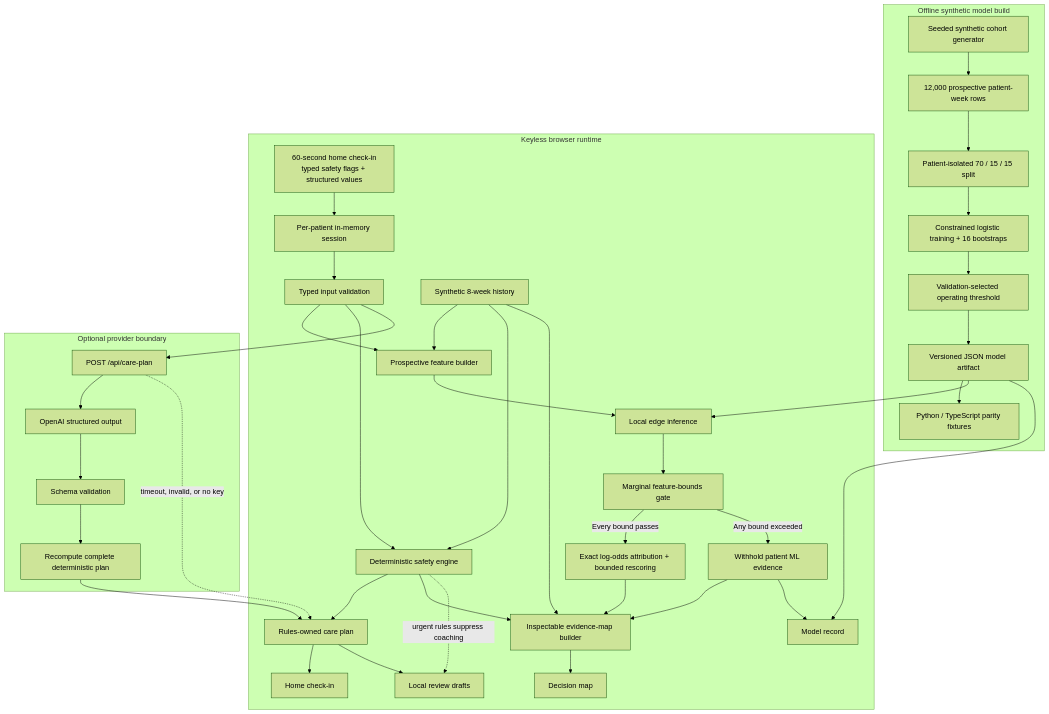
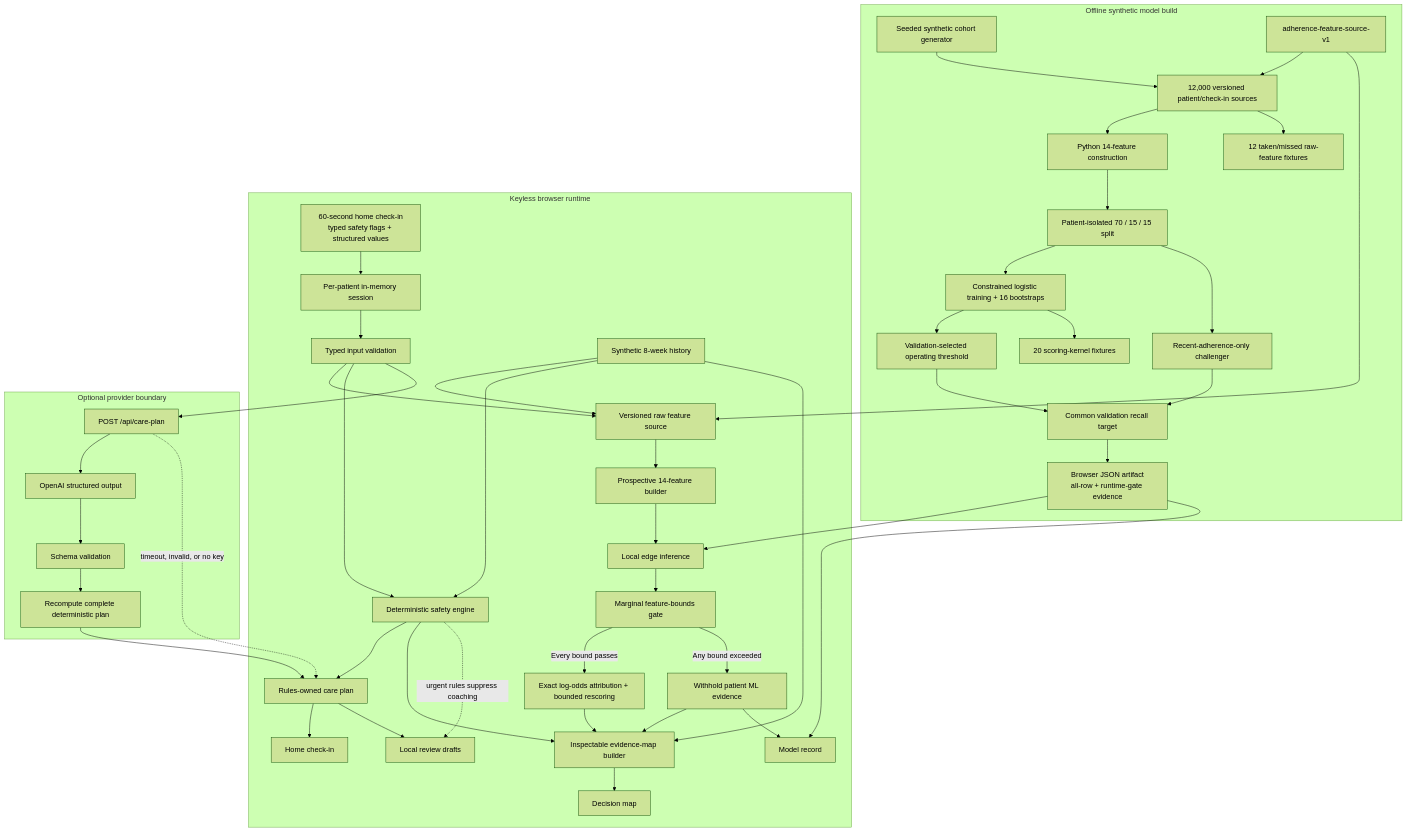
Before and after one commit to kevinmeix1/adherence-os: the first of 2 diagrams in docs/architecture.md, drawn with Mermaid (forest theme). The commit also changed other lines of this file and 32 other files, not shown here.

````diff
--- a/docs/architecture.md
+++ b/docs/architecture.md
@@ -7,48 +7,56 @@
 ```mermaid
 flowchart TB
     subgraph Build["Offline synthetic model build"]
-        Seed["Seeded synthetic cohort generator"] --> Cohort["12,000 prospective patient-week rows"]
+        Seed["Seeded synthetic cohort generator"] --> Sources["12,000 versioned patient/check-in sources"]
+        Contract["adherence-feature-source-v1"] --> Sources
+        Sources --> Cohort["Python 14-feature construction"]
         Cohort --> Split["Patient-isolated 70 / 15 / 15 split"]
         Split --> Train["Constrained logistic training + 16 bootstraps"]
+        Split --> Challenger["Recent-adherence-only challenger"]
         Train --> Select["Validation-selected operating threshold"]
-        Select --> Artifact["Versioned JSON model artifact"]
-        Artifact --> Parity["Python / TypeScript parity fixtures"]
+        Challenger --> Compare["Common validation recall target"]
+        Select --> Compare
+        Compare --> Artifact["Browser JSON artifact<br/>all-row + runtime-gate evidence"]
+        Train --> ScoreParity["20 scoring-kernel fixtures"]
+        Sources --> RawParity["12 taken/missed raw-feature fixtures"]
     end
 
     subgraph Runtime["Keyless browser runtime"]
         CheckIn["60-second home check-in<br/>typed safety flags + structured values"] --> Session["Per-patient in-memory session"]
         Session --> Validate["Typed input validation"]
-        History["Synthetic 8-week history"] --> Features["Prospective feature builder"]
-        Validate --> Features
+        History["Synthetic 8-week history"] --> Source["Versioned raw feature source"]
+        Validate --> Source
+        Contract --> Source
+        Source --> Features["Prospective 14-feature builder"]
         Features --> Model["Local edge inference"]
         Artifact --> Model
         Model --> Support["Marginal feature-bounds gate"]
         Support -->|Every bound passes| Explain["Exact log-odds attribution + bounded rescoring"]
         Support -->|Any bound exceeded| Abstain["Withhold patient ML evidence"]
 
         Validate --> Safety["Deterministic safety engine"]
         History --> Safety
         Safety --> Plan["Rules-owned care plan"]
 
         Explain --> Graph["Inspectable evidence-map builder"]
         Abstain --> Graph
         Safety --> Graph
         History --> Graph
         Graph --> Live["Decision map"]
         Plan --> Patient["Home check-in"]
         Plan --> Review["Local review drafts"]
         Artifact --> Lab["Model record"]
         Abstain --> Lab
     end
 
     subgraph Optional["Optional provider boundary"]
         API["POST /api/care-plan"] --> LLM["OpenAI structured output"]
         LLM --> Schema["Schema validation"]
         Schema --> Recompute["Recompute complete deterministic plan"]
     end
 
     Validate --> API
     Recompute --> Plan
     API -. "timeout, invalid, or no key" .-> Plan
     Safety -. "urgent rules suppress coaching" .-> Review
 ```
````
